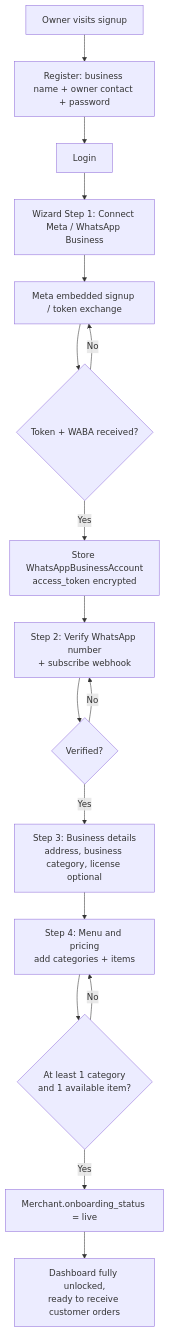
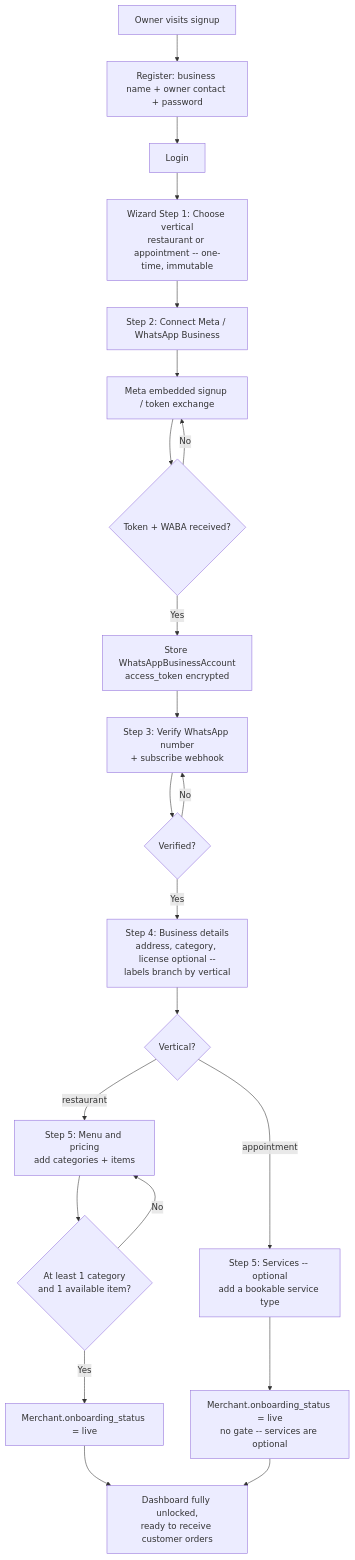
Before and after one commit to itsjayanth/orderflow: the second of 3 diagrams in ARCHITECTURE.md, drawn with Mermaid. The commit also changed other lines of this file and 18 other files, not shown here.

First line of the commit message:
Phase M5: retire appointment_booking_enabled, update ARCHITECTURE.md/IMPLEMENTATION_PLAN.md

````diff
--- a/ARCHITECTURE.md
+++ b/ARCHITECTURE.md
@@ -311,19 +317,24 @@
 ```mermaid
 flowchart TD
     A[Owner visits signup] --> B[Register: business name + owner contact + password]
     B --> D[Login]
-    D --> E[Wizard Step 1: Connect Meta / WhatsApp Business]
+    D --> V[Wizard Step 1: Choose vertical<br/>restaurant or appointment -- one-time, immutable]
+    V --> E[Step 2: Connect Meta / WhatsApp Business]
     E --> F[Meta embedded signup / token exchange]
     F --> G{Token + WABA received?}
     G -- No --> F
     G -- Yes --> H[Store WhatsAppBusinessAccount<br/>access_token encrypted]
-    H --> I[Step 2: Verify WhatsApp number<br/>+ subscribe webhook]
+    H --> I[Step 3: Verify WhatsApp number<br/>+ subscribe webhook]
     I --> J{Verified?}
     J -- No --> I
-    J -- Yes --> K[Step 3: Business details<br/>address, business category, license optional]
-    K --> L[Step 4: Menu and pricing<br/>add categories + items]
-    L --> M{At least 1 category<br/>and 1 available item?}
-    M -- No --> L
+    J -- Yes --> K[Step 4: Business details<br/>address, category, license optional --<br/>labels branch by vertical]
+    K --> L{Vertical?}
+    L -- restaurant --> L1[Step 5: Menu and pricing<br/>add categories + items]
+    L -- appointment --> L2[Step 5: Services -- optional<br/>add a bookable service type]
+    L1 --> M{At least 1 category<br/>and 1 available item?}
+    M -- No --> L1
     M -- Yes --> N[Merchant.onboarding_status = live]
+    L2 --> N2[Merchant.onboarding_status = live<br/>no gate -- services are optional]
     N --> O[Dashboard fully unlocked,<br/>ready to receive customer orders]
+    N2 --> O
 ```
````
